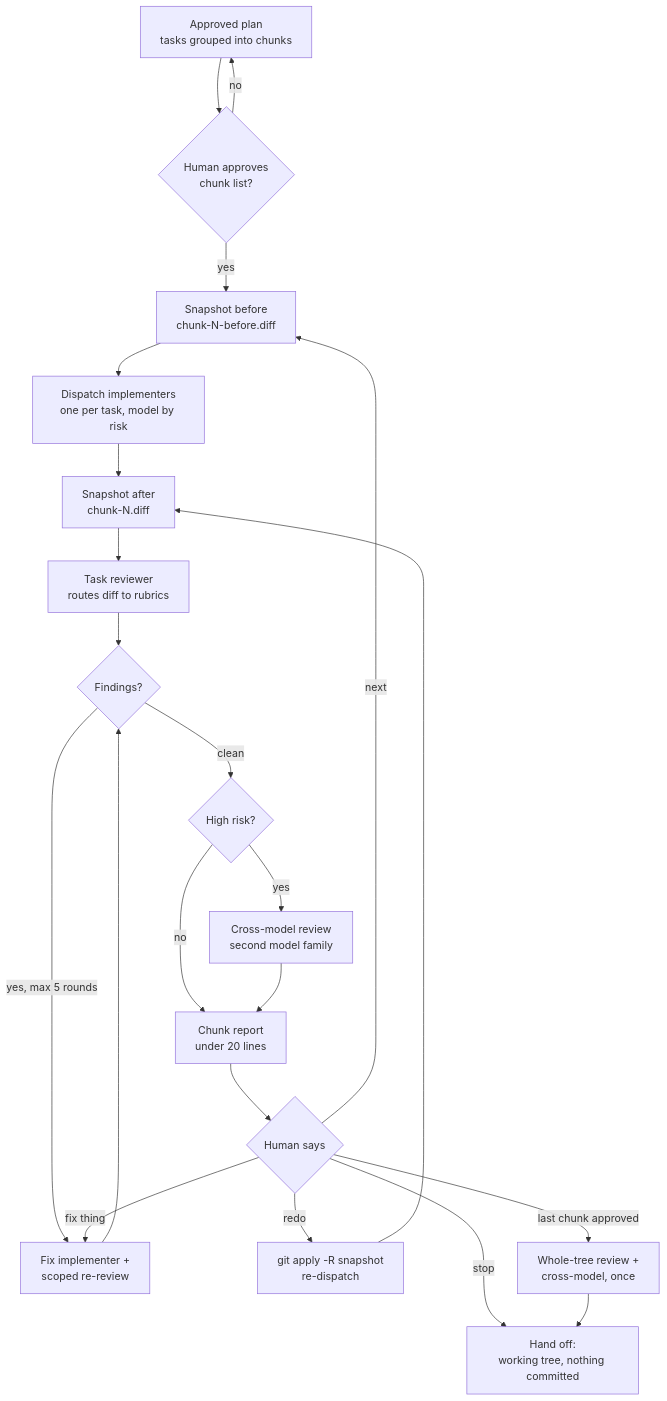
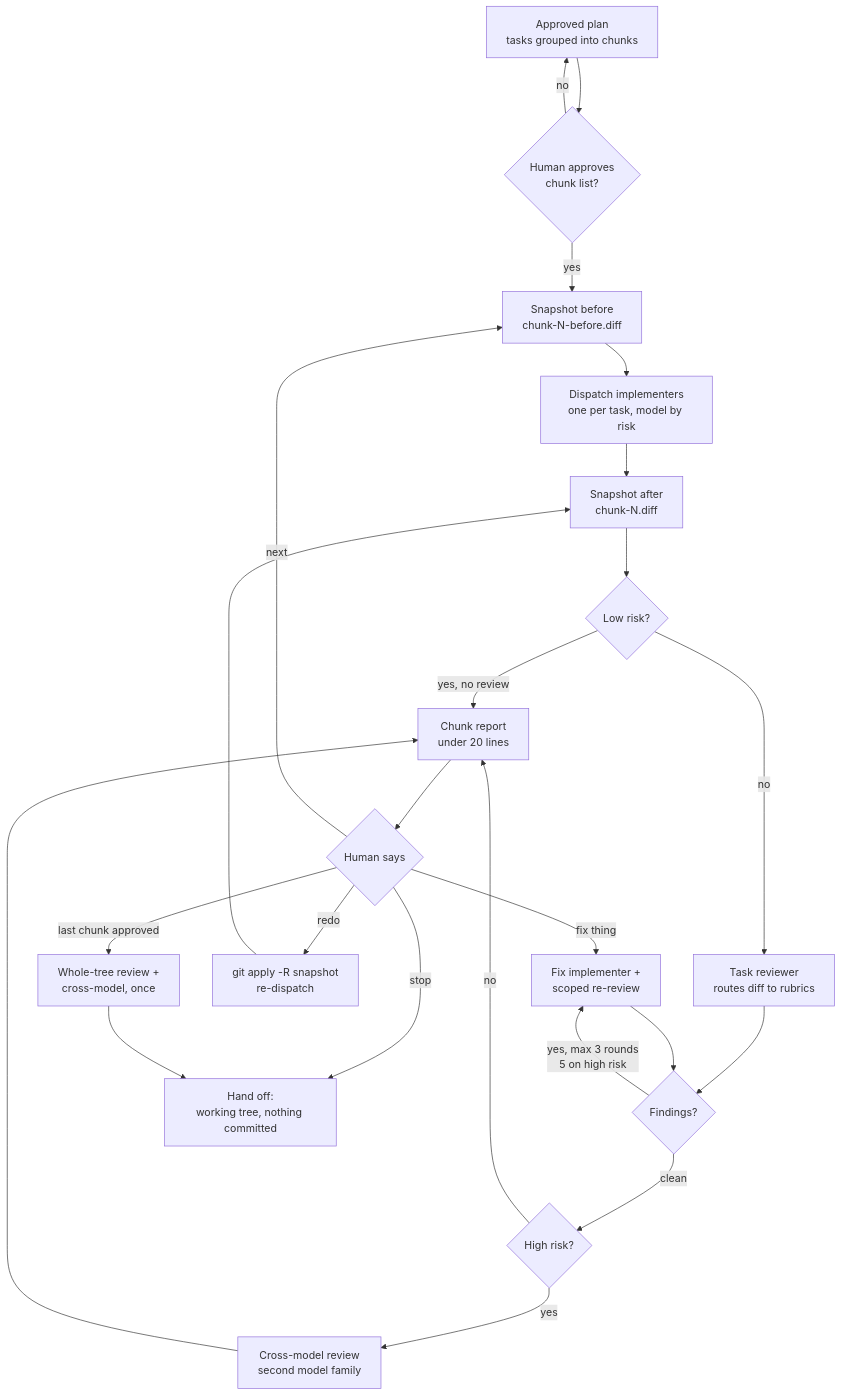
Before and after one commit to vilkoalexander/delivery-skills: the diagram in diagrams/chunked-delivery.mmd, drawn with Mermaid. The commit also changed 7 other files, not shown here.

First line of the commit message:
feat: three-tier risk class with review cadence keyed on it

```diff
--- a/diagrams/chunked-delivery.mmd
+++ b/diagrams/chunked-delivery.mmd
@@ -1,22 +1,24 @@
 graph TD
   P[Approved plan<br/>tasks grouped into chunks] --> A{Human approves<br/>chunk list?}
   A -- no --> P
   A -- yes --> S1[Snapshot before<br/>chunk-N-before.diff]
   S1 --> I[Dispatch implementers<br/>one per task, model by risk]
   I --> S2[Snapshot after<br/>chunk-N.diff]
-  S2 --> R[Task reviewer<br/>routes diff to rubrics]
+  S2 --> L{Low risk?}
+  L -- yes, no review --> REP
+  L -- no --> R[Task reviewer<br/>routes diff to rubrics]
   R --> F{Findings?}
-  F -- yes, max 5 rounds --> X[Fix implementer +<br/>scoped re-review]
+  F -- yes, max 3 rounds<br/>5 on high risk --> X[Fix implementer +<br/>scoped re-review]
   X --> F
   F -- clean --> C{High risk?}
   C -- yes --> M[Cross-model review<br/>second model family]
   C -- no --> REP
   M --> REP[Chunk report<br/>under 20 lines]
   REP --> W{Human says}
   W -- next --> S1
   W -- fix thing --> X
   W -- redo --> U[git apply -R snapshot<br/>re-dispatch]
   U --> S2
   W -- stop --> H
   W -- last chunk approved --> T[Whole-tree review +<br/>cross-model, once]
   T --> H[Hand off:<br/>working tree, nothing committed]
```
